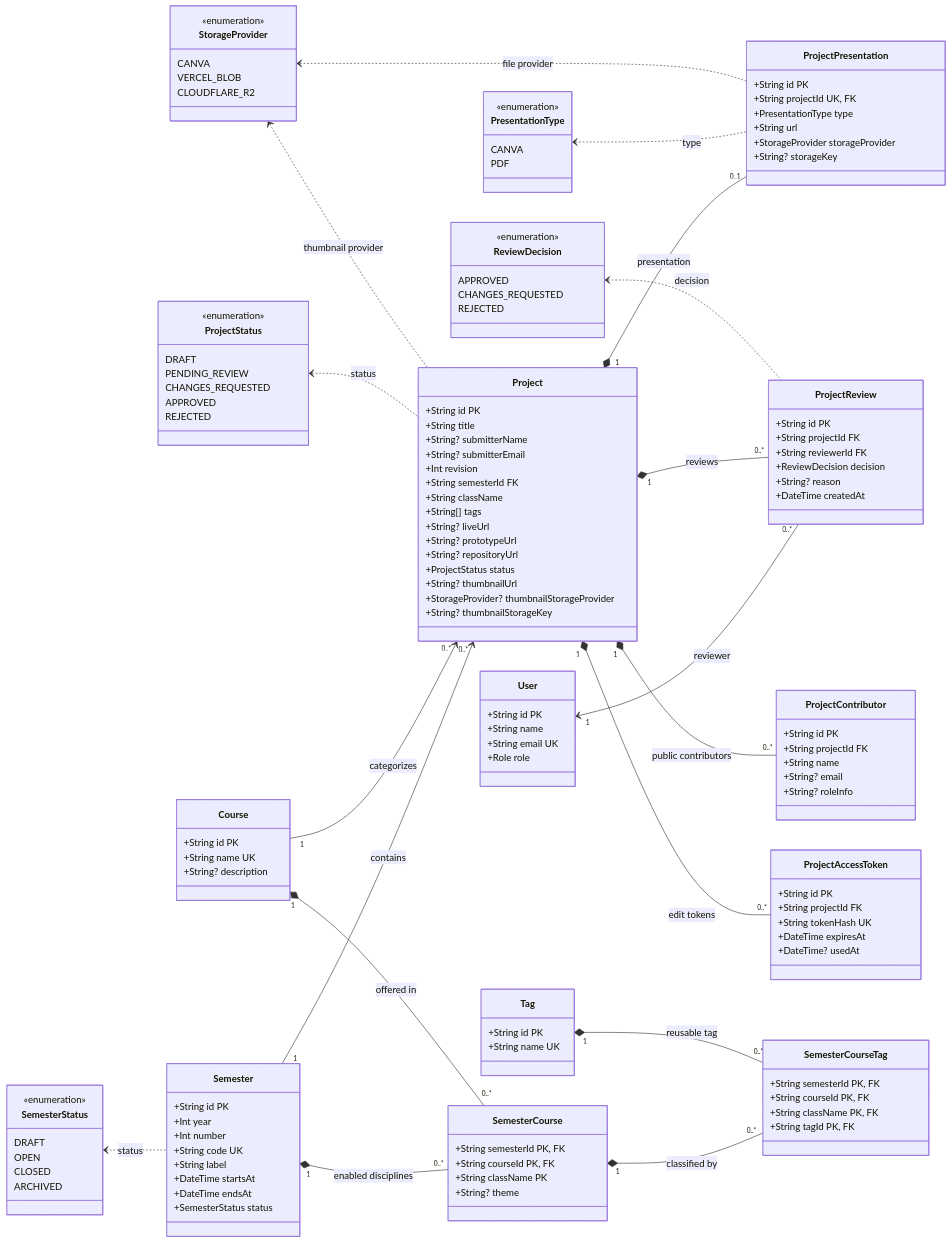
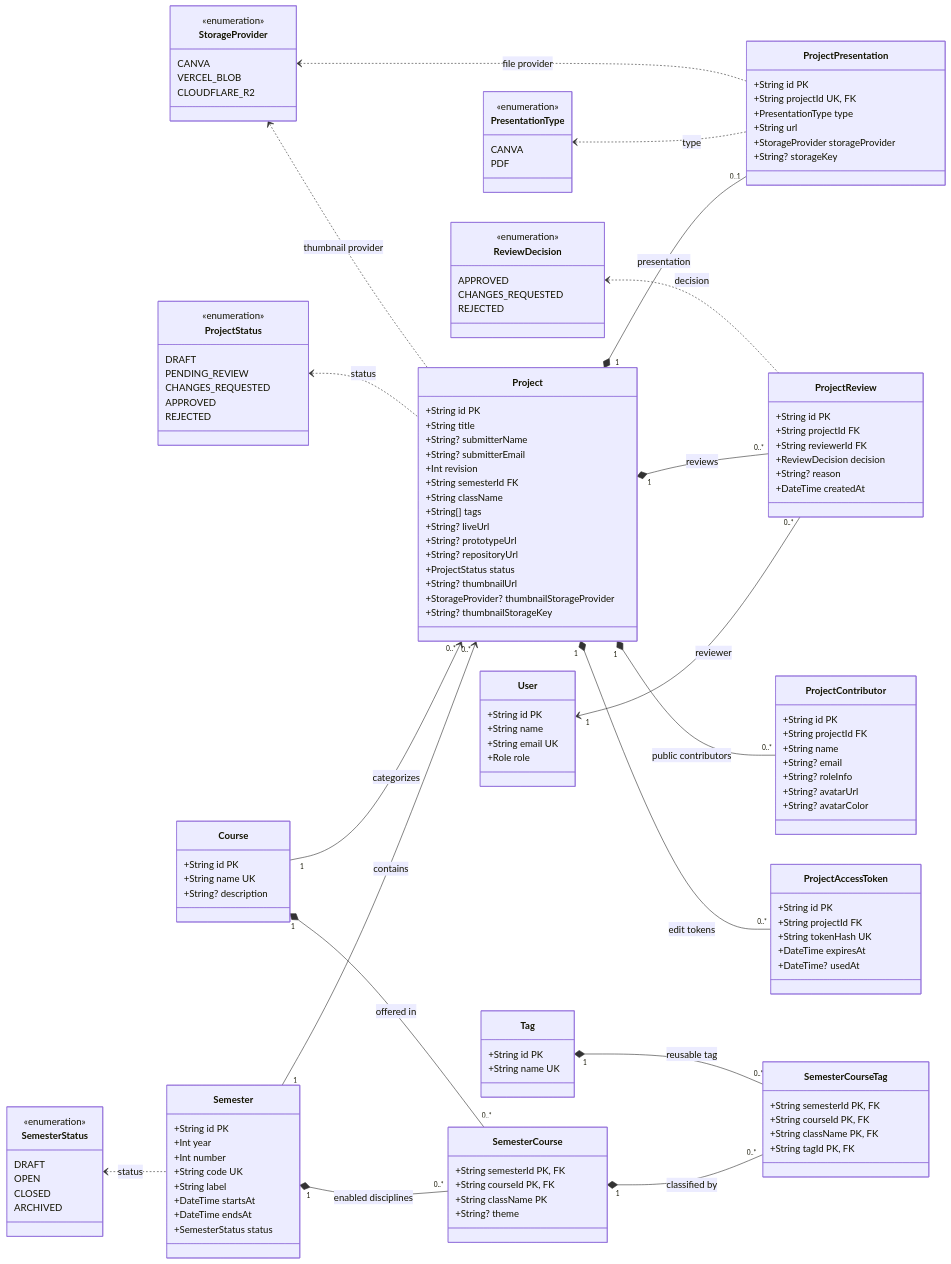
One commit to emanuelsantoz/api-showcase changed the diagram in back-end-showcase-studio/database/CLASS-DIAGRAM.md. Above: the diagram before and after it, drawn with Mermaid. The commit also changed 7 other files, not shown here.

```diff
--- a/back-end-showcase-studio/database/CLASS-DIAGRAM.md
+++ b/back-end-showcase-studio/database/CLASS-DIAGRAM.md
@@ -117,6 +117,8 @@
     +String name
     +String? email
     +String? roleInfo
+    +String? avatarUrl
+    +String? avatarColor
   }
 
   class ProjectReview {
```
